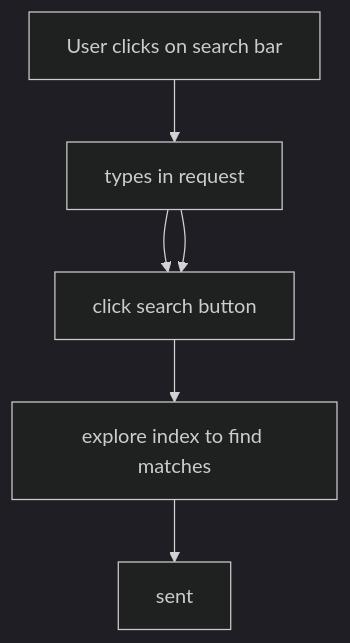
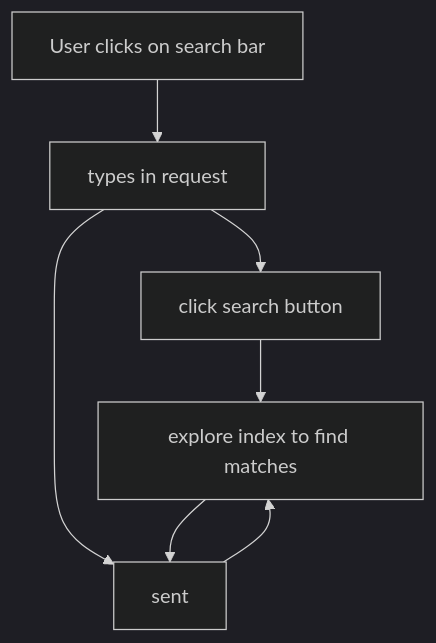
Before and after one commit to Fpantoja2001/Evently: the diagram in team/m3/sarah-hecker/feature-sequence-diagram.md, drawn with Mermaid (dark theme).

````diff
--- a/team/m3/sarah-hecker/feature-sequence-diagram.md
+++ b/team/m3/sarah-hecker/feature-sequence-diagram.md
@@ -2,8 +2,9 @@
 ```mermaid
 graph TD;
     A[User clicks on search bar] --> B[types in request];
     B[types in request] --> C[hit enter on keyboard];
-    B[types in request] --> C[click search button];
+    B[types in request] --> E[click search button];
     C[click search button] --> D[explore index to find matches];
+    E[click search button] --> D[explore index to find matches];
     D[explore index to find matches] --> E[sent];
 ```
````
